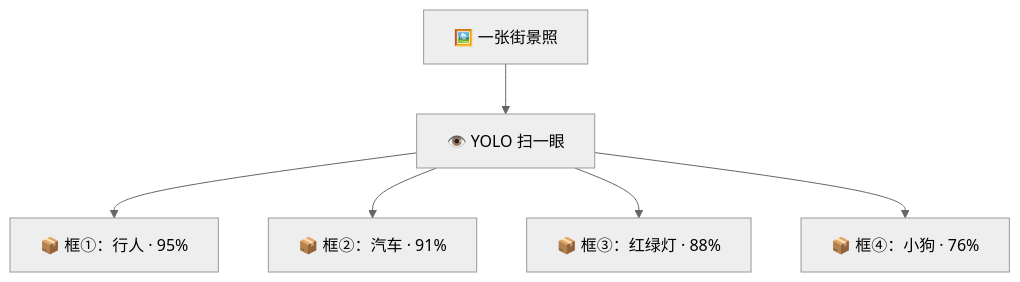
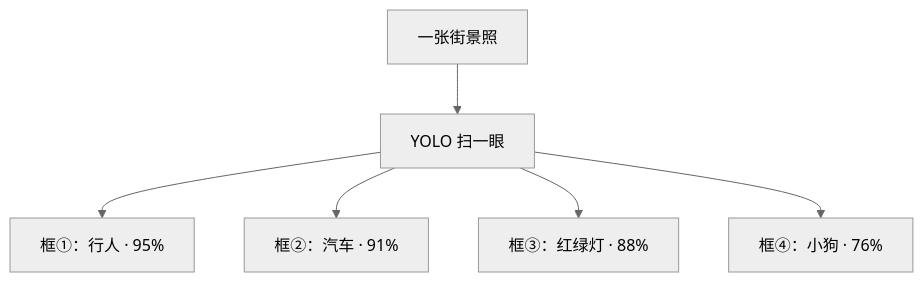
The third of 7 diagrams in docs/02_CONCEPTS_概念入门/CONCEPT/[CONCEPT-17] 什么是YOLO-实时目标检测.md (luckykhy/KhyAiHub), drawn with Mermaid (neutral theme) before and after one commit. The commit also changed other lines of this file and 19 other files, not shown here.

````diff
--- a/docs/02_CONCEPTS_概念入门/CONCEPT/[CONCEPT-17] 什么是YOLO-实时目标检测.md
+++ b/docs/02_CONCEPTS_概念入门/CONCEPT/[CONCEPT-17] 什么是YOLO-实时目标检测.md
@@ -76,8 +76,8 @@
 ```mermaid
 flowchart TB
-  PIC["🖼️ 一张街景照"] --> Y["👁️ YOLO 扫一眼"]
-  Y --> R1["📦 框①：行人 · 95%"]
-  Y --> R2["📦 框②：汽车 · 91%"]
-  Y --> R3["📦 框③：红绿灯 · 88%"]
-  Y --> R4["📦 框④：小狗 · 76%"]
+  PIC["一张街景照"] --> Y["YOLO 扫一眼"]
+  Y --> R1["框①：行人 · 95%"]
+  Y --> R2["框②：汽车 · 91%"]
+  Y --> R3["框③：红绿灯 · 88%"]
+  Y --> R4["框④：小狗 · 76%"]
 ```
````
